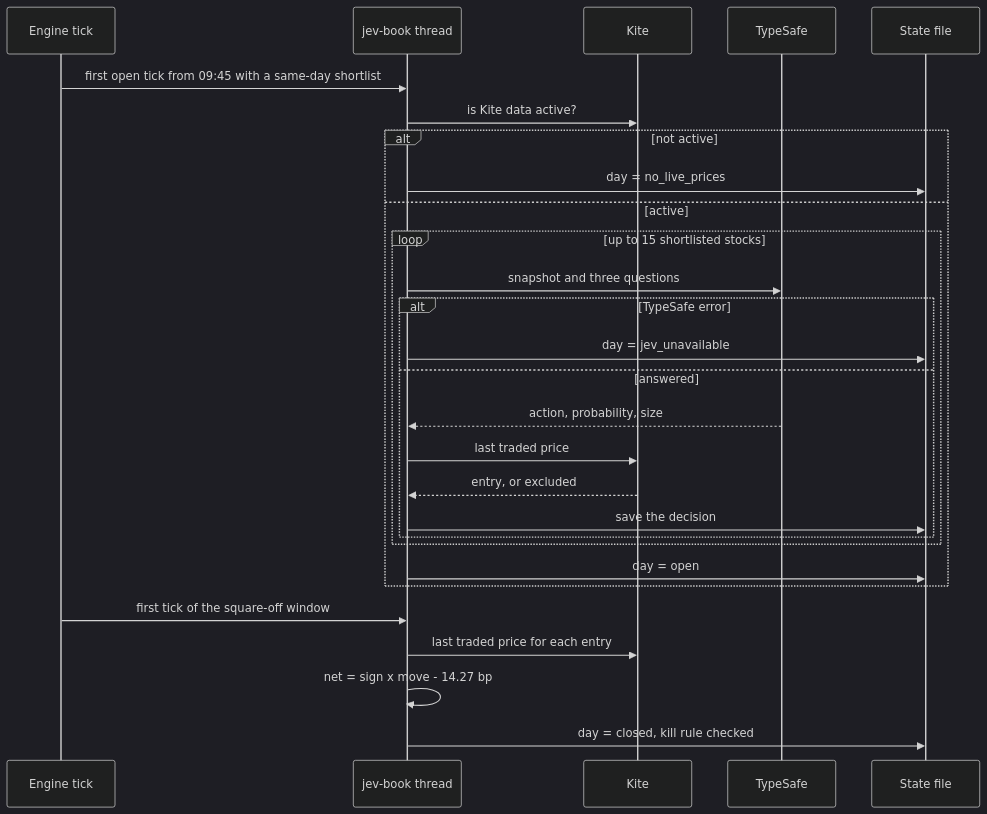
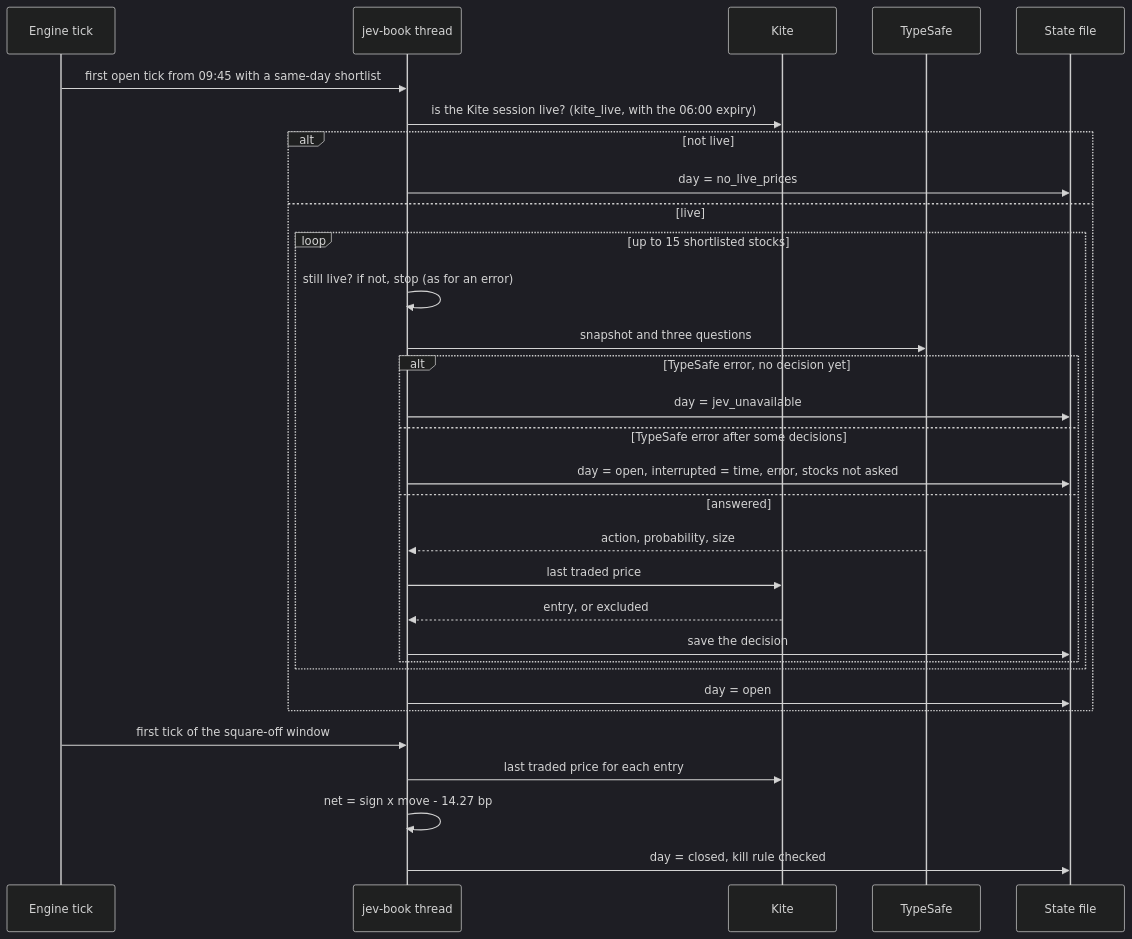
Before and after one commit to harshece16/intraday-trading-agent: the fifth of 7 diagrams in docs/architecture/LLD.md, drawn with Mermaid (dark theme). The commit also changed other lines of this file and 14 other files, not shown here.

````diff
--- a/docs/architecture/LLD.md
+++ b/docs/architecture/LLD.md
@@ -650,31 +659,34 @@
 ```mermaid
 sequenceDiagram
     participant E as Engine tick
     participant J as jev-book thread
     participant K as Kite
     participant T as TypeSafe
     participant F as State file
 
     E->>J: first open tick from 09:45 with a same-day shortlist
-    J->>K: is Kite data active?
-    alt not active
+    J->>K: is the Kite session live? (kite_live, with the 06:00 expiry)
+    alt not live
         J->>F: day = no_live_prices
-    else active
+    else live
         loop up to 15 shortlisted stocks
+            J->>J: still live? if not, stop (as for an error)
             J->>T: snapshot and three questions
-            alt TypeSafe error
+            alt TypeSafe error, no decision yet
                 J->>F: day = jev_unavailable
+            else TypeSafe error after some decisions
+                J->>F: day = open, interrupted = time, error, stocks not asked
             else answered
                 T-->>J: action, probability, size
                 J->>K: last traded price
                 K-->>J: entry, or excluded
                 J->>F: save the decision
             end
         end
         J->>F: day = open
     end
     E->>J: first tick of the square-off window
     J->>K: last traded price for each entry
     J->>J: net = sign x move - 14.27 bp
     J->>F: day = closed, kill rule checked
 ```
````
